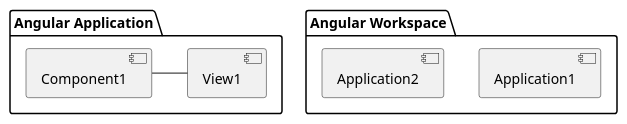
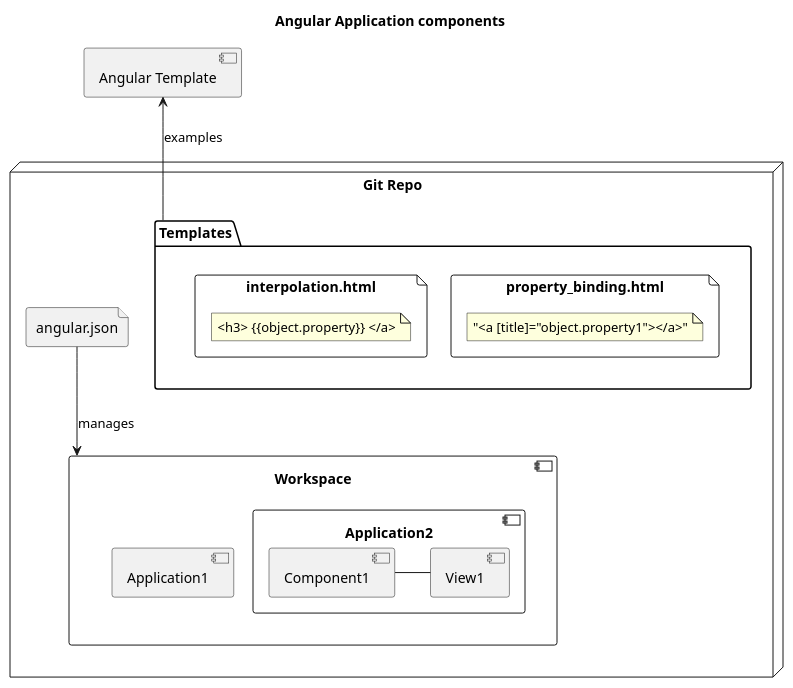
Before and after one commit to pgpbpadilla/reading-notes-angular: the diagram in angular-app-components.puml, drawn with PlantUML. The commit also changed 2 other files, not shown here.

Commit message:
chg: dev: reorganize to show Templates and Ivy

```diff
--- a/angular-app-components.puml
+++ b/angular-app-components.puml
@@ -1,16 +1,37 @@
 @startuml
 
-package "Angular Workspace" {
-	[Application1]
-	[Application2]
-}
+title Angular Application components
 
-package "Angular Application" {
-	[Component1] - [View1]
+component "Angular Template" as AT
+
+node "Git Repo" {
+	file angular.json
+	component Workspace {
+    	[Application1]
+    	component Application2 {
+    		[Component1] - [View1]
+    	}
+    }
+
+    angular.json -down-> Workspace: manages
+
+	package Templates {
+		file property_binding.html {
+                		note as C
+                			"<a [title]="object.property1"></a>"
+                		end note
+            	}
+
+		file interpolation.html {
+			note as eiN
+				<h3> {{object.property}} </a>
+			end note
+		}
+	}
+
+	Templates -up-> AT: examples
+
 }
 
 
-
-
-
 @enduml
```
